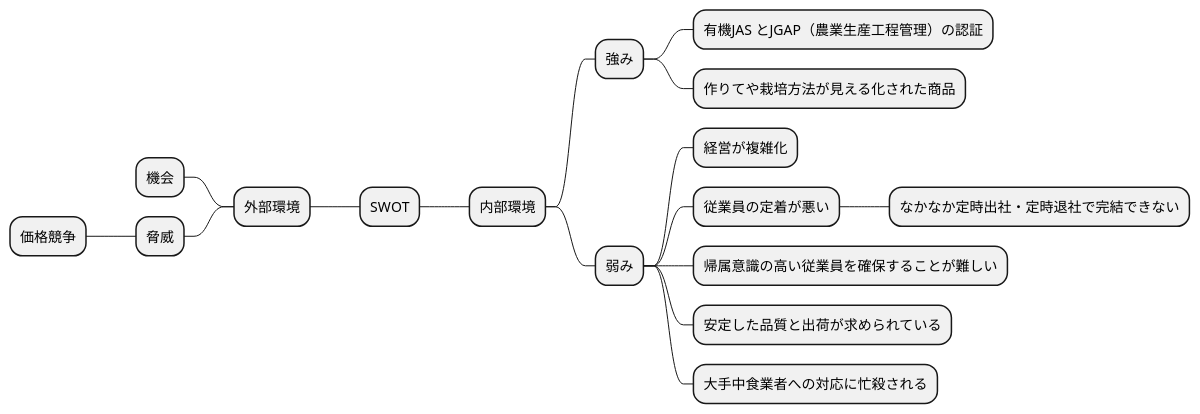
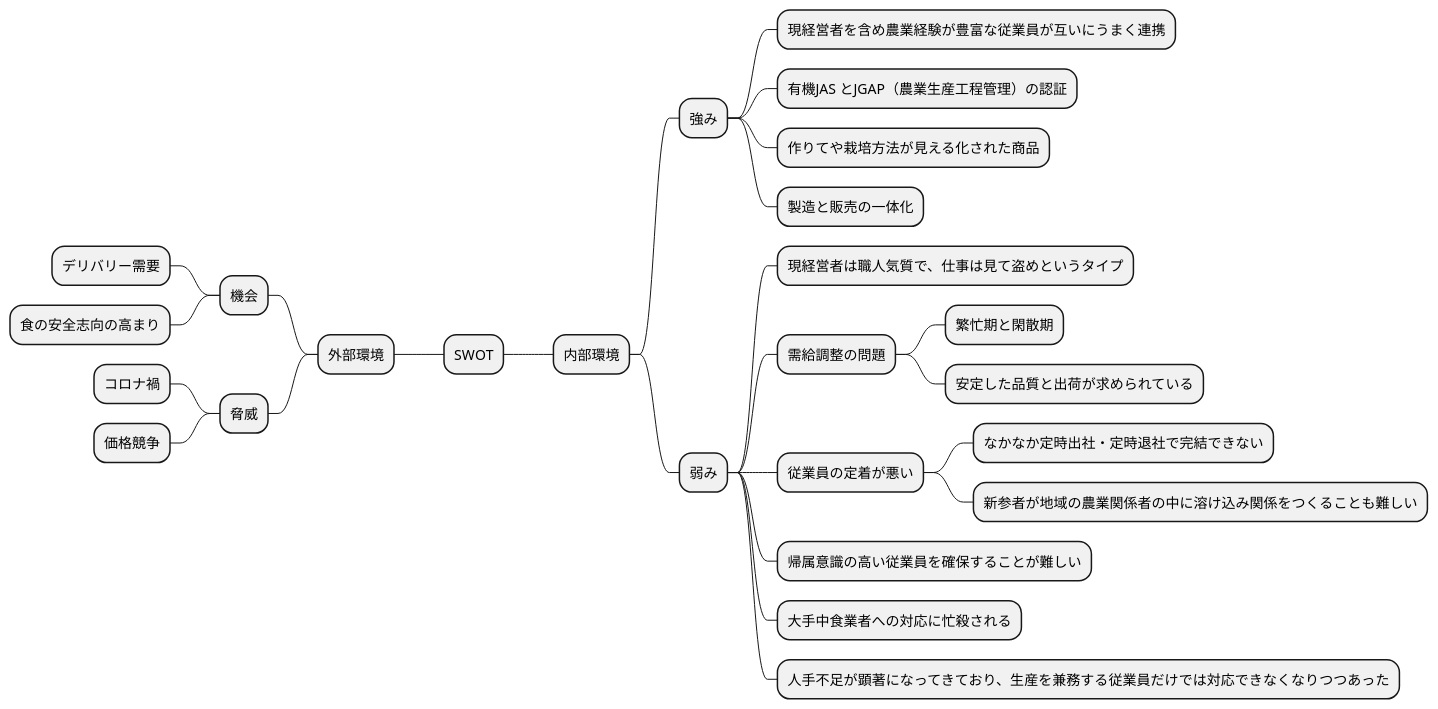
One commit to k2works/requirements_definition_excercise changed the eighth of 15 diagrams in docs/R04/study/take01.md. Above: the diagram before and after it, drawn with PlantUML. The commit also changed other lines of this file, not shown here.

````diff
--- a/docs/R04/study/take01.md
+++ b/docs/R04/study/take01.md
@@ -140,20 +255,29 @@
 ```plantuml
 @startmindmap
 * SWOT
 -- 外部環境
 --- 機会
+---- デリバリー需要
+---- 食の安全志向の高まり
 --- 脅威
+---- コロナ禍
 ---- 価格競争
 ** 内部環境
 *** 強み
+**** 現経営者を含め農業経験が豊富な従業員が互いにうまく連携
 **** 有機JAS とJGAP（農業生産工程管理）の認証
 **** 作りてや栽培方法が見える化された商品
+**** 製造と販売の一体化
 *** 弱み
-**** 経営が複雑化
+**** 現経営者は職人気質で、仕事は見て盗めというタイプ
+**** 需給調整の問題
+***** 繁忙期と閑散期
+***** 安定した品質と出荷が求められている
 **** 従業員の定着が悪い
 ***** なかなか定時出社・定時退社で完結できない
+***** 新参者が地域の農業関係者の中に溶け込み関係をつくることも難しい
 **** 帰属意識の高い従業員を確保することが難しい
-**** 安定した品質と出荷が求められている
 **** 大手中食業者への対応に忙殺される
+**** 人手不足が顕著になってきており、生産を兼務する従業員だけでは対応できなくなりつつあった
 @endmindmap
 ```
````
